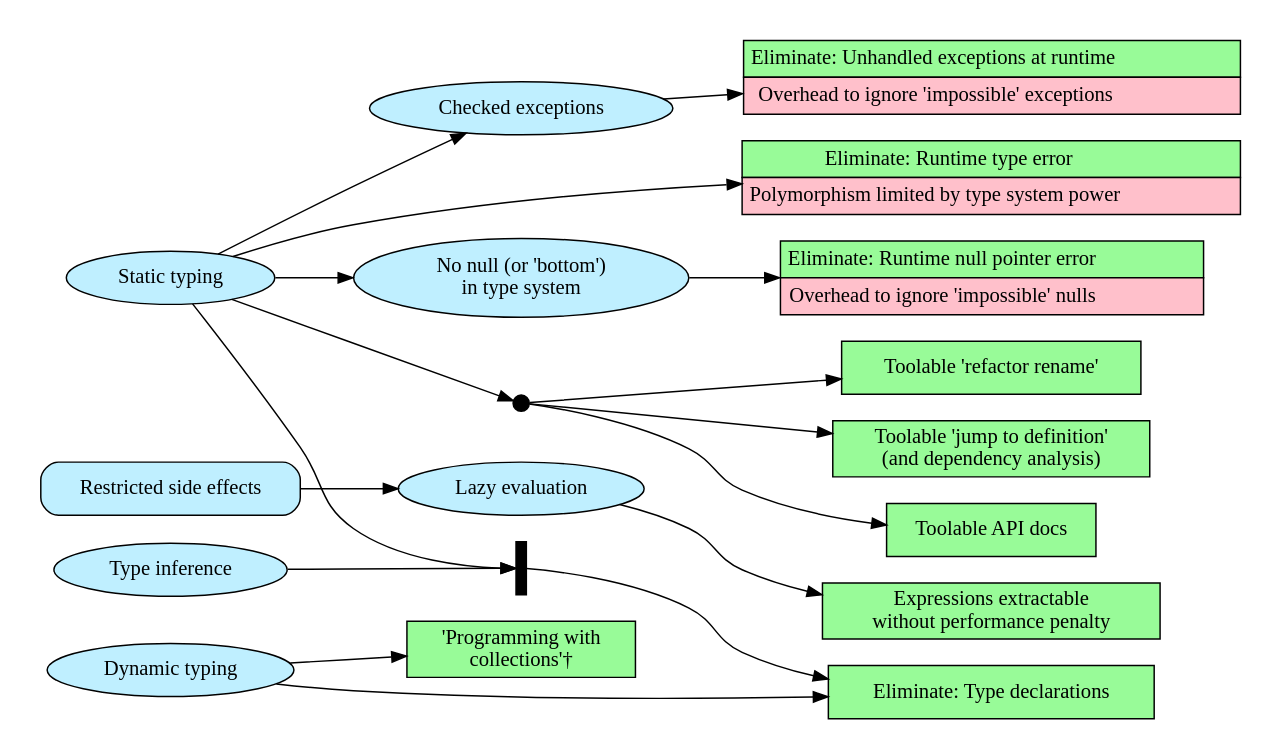
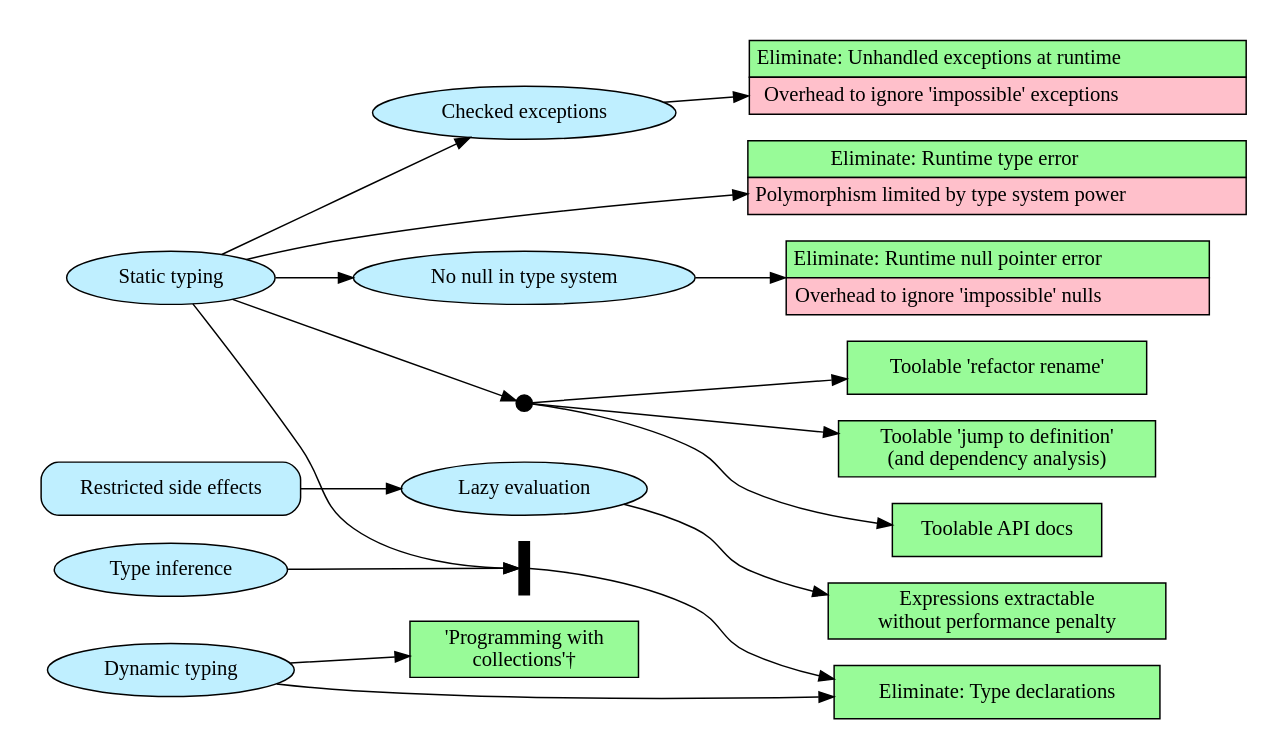
Before and after one commit to davidfstr/dafoster.net: the diagram in _posts_support/2013-02-20-visual-guide-to-programming-language-properties/type_system.dot, drawn with Graphviz.

Commit message:
Remove incorrect equating of the null and bottom types.

```diff
--- a/_posts_support/2013-02-20-visual-guide-to-programming-language-properties/type_system.dot
+++ b/_posts_support/2013-02-20-visual-guide-to-programming-language-properties/type_system.dot
@@ -1,88 +1,88 @@
 /*
  * [] Languages: L_HASKELL, L_JAVA, L_CPP, L_OBJC, L_PYTHON, L_RUBY, L_LISP
  */
 
 digraph "Language Properties" {
     graph [rankdir = LR]                                // layout algorithm
     graph [fontname="ArialRoundedMTBold", fontsize=16]  // header font
     graph [dpi=72]
     graph [margin=-.2, color=white]                     // trim edges
     node [style=filled, fillcolor=white]                // nodes default to filled
     
     /* Node Properties */
     
     // Layout hacking
     StaticTyping
     
     ST_TI    [shape=box, width=.1, label="", style=filled, fillcolor=black]
     
     // Layout hacking
     ST_TOOL  [shape=circle, width=.15, label="", style=filled, fillcolor=black]
     
     /* Edges */
     
     subgraph "cluster-1" {
         //label="Type System"
         
         // Labels & Styles
         RestrictEffects     [label="Restricted side effects", fillcolor=lightblue1, shape=Mrecord]  // L_HASKELL
         LazyEval            [label="Lazy evaluation", fillcolor=lightblue1]                         // L_HASKELL
         ExtractExpr         [label="Expressions extractable\n without performance penalty",
             fillcolor=palegreen, shape=box]                                                         // L_HASKELL
         StaticTyping        [label="Static typing", fillcolor=lightblue1]                           // L_HASKELL, L_JAVA, L_CPP, L_OBJC
         ToolableJumpToDef   [label="Toolable 'jump to definition'\n (and dependency analysis)",
             fillcolor=palegreen, shape=box]                                                         // L_HASKELL, L_JAVA, L_CPP, L_OBJC
         ToolableRefactorRename  [label="Toolable 'refactor rename'",
             fillcolor=palegreen, shape=box]                                                         // L_HASKELL, L_JAVA, L_CPP, L_OBJC
         ToolableApiDocs     [label="Toolable API docs", fillcolor=palegreen, shape=box]             // L_HASKELL, L_JAVA, L_CPP, L_OBJC
-        NoNull              [label="No null (or 'bottom')\n in type system", fillcolor=lightblue1]  // L_HASKELL
+        NoNull              [label="No null in type system", fillcolor=lightblue1]                  // L_HASKELL
         ElimRuntimeNullError [shape=none, margin=0, label=<
             <table border="0" cellborder="1" cellspacing="0" cellpadding="4">
                 <tr><td bgcolor="palegreen"> Eliminate: Runtime null pointer error </td></tr>
                 <tr><td bgcolor="pink"> Overhead to ignore 'impossible' nulls </td></tr>
             </table>>]                                                                              // L_HASKELL
         ElimRuntimeTypeError [shape=none, margin=0, label=<
             <table border="0" cellborder="1" cellspacing="0" cellpadding="4">
                 <tr><td bgcolor="palegreen"> Eliminate: Runtime type error </td></tr>
                 <tr><td bgcolor="pink"> Polymorphism limited by type system power </td></tr>
             </table>>]                                                                              // L_HASKELL
         CheckedExceptions   [label="Checked exceptions", fillcolor=lightblue1]                      //            L_JAVA
         ElimRuntimeUnhandledException [shape=none, margin=0, label=<
             <table border="0" cellborder="1" cellspacing="0" cellpadding="4">
                 <tr><td bgcolor="palegreen"> Eliminate: Unhandled exceptions at runtime </td></tr>
                 <tr><td bgcolor="pink"> Overhead to ignore 'impossible' exceptions </td></tr>
             </table>>]                                                                              //            L_JAVA
         TypeInference       [label="Type inference", fillcolor=lightblue1]                          // L_HASKELL
         ElimTypeDecls       [label="Eliminate: Type declarations", fillcolor=palegreen, shape=box]  // L_HASKELL,                        L_PYTHON, L_RUBY, L_LISP
         DynamicTyping       [label="Dynamic typing", fillcolor=lightblue1]                          //                                   L_PYTHON, L_RUBY, L_LISP
         ProgWithCollections [label="'Programming with\n collections'†",
             fillcolor=palegreen, shape=box]                                                         //                                   L_PYTHON, L_RUBY, L_LISP
         
         // Nodes & Edges
         RestrictEffects -> LazyEval -> ExtractExpr
         StaticTyping -> ElimRuntimeTypeError
         StaticTyping  -> ST_TI
         TypeInference -> ST_TI -> ElimTypeDecls
         StaticTyping -> NoNull -> ElimRuntimeNullError
         StaticTyping -> CheckedExceptions -> ElimRuntimeUnhandledException
         StaticTyping -> ST_TOOL -> ToolableJumpToDef
                         ST_TOOL -> ToolableRefactorRename
                         ST_TOOL -> ToolableApiDocs
         DynamicTyping -> ElimTypeDecls
         DynamicTyping -> ProgWithCollections
         
         // Layout hacking
         // (Nodes should be adjacent)
         //RestrictEffects -> DynamicTyping [style=invis]
         
         subgraph { rank=source
             RestrictEffects StaticTyping TypeInference DynamicTyping
         }
         
         subgraph { rank=sink
             ExtractExpr ElimRuntimeTypeError ElimTypeDecls
             ElimRuntimeNullError ElimRuntimeUnhandledException
             ToolableJumpToDef ToolableRefactorRename ToolableApiDocs
         }
     }
 }
```
